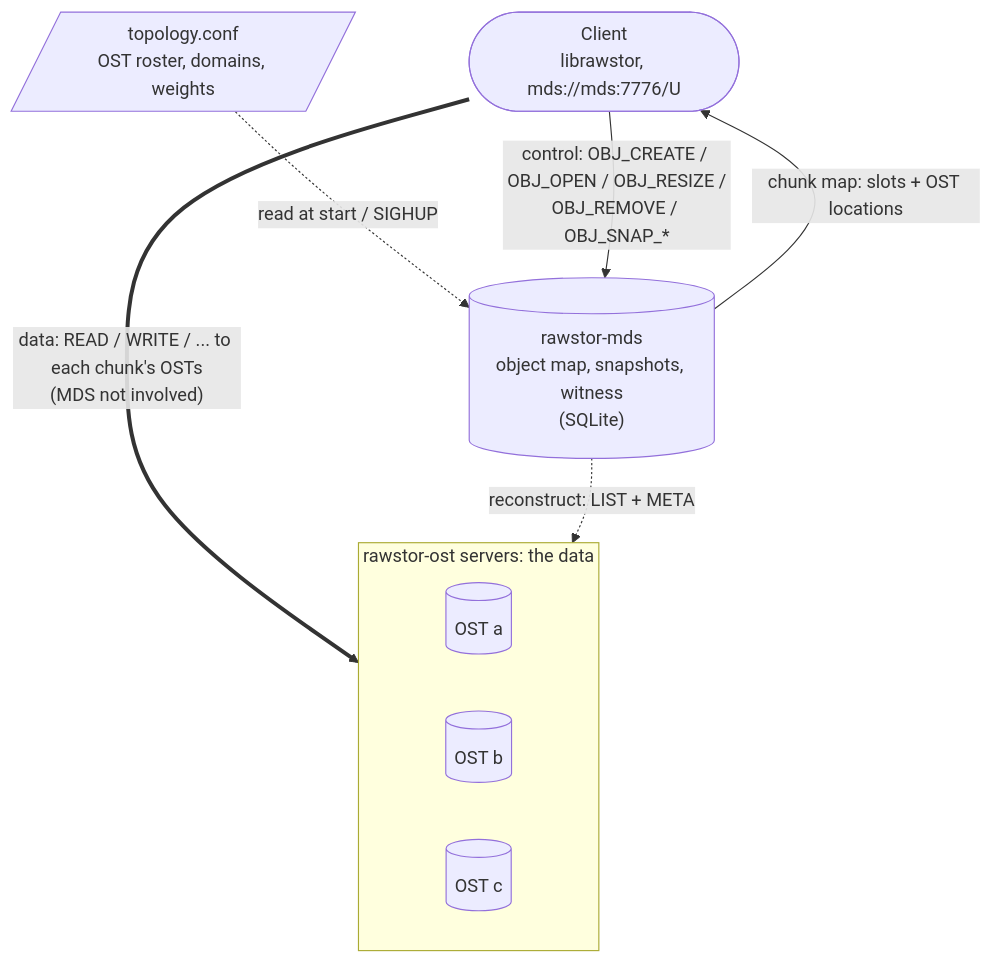
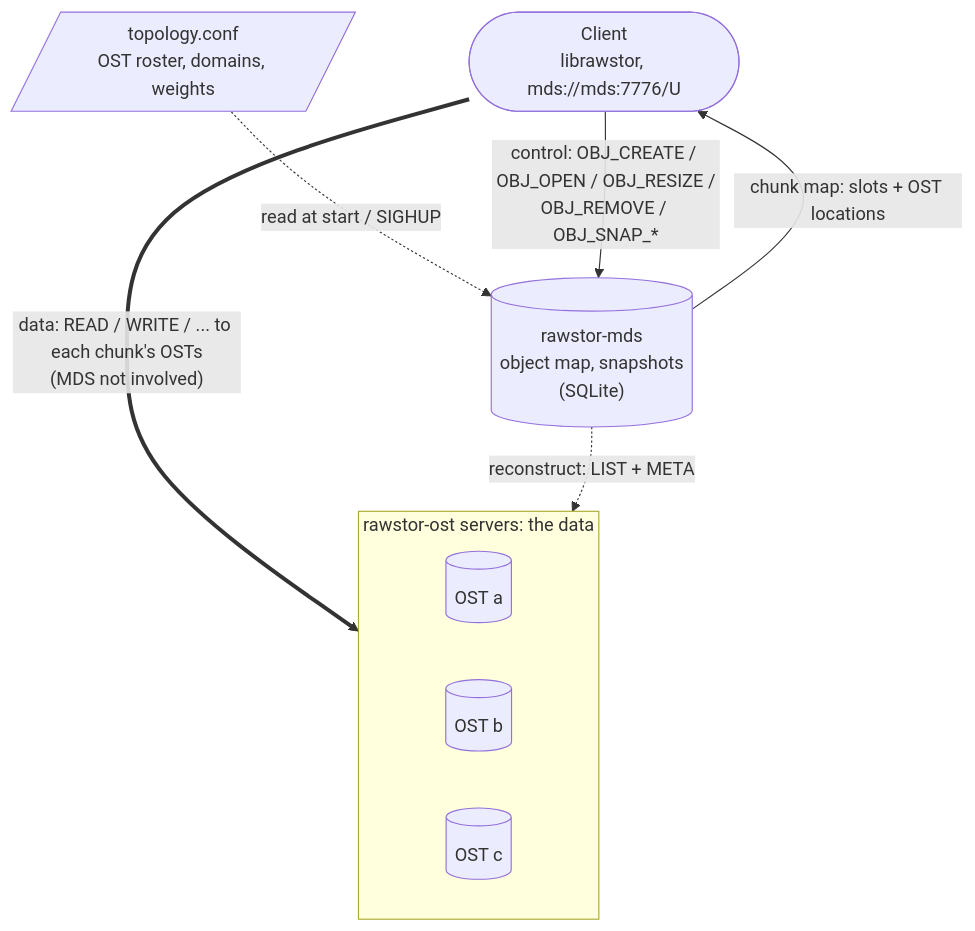
The first of 8 diagrams in docs/mds.md (rawstor/librawstor), drawn with Mermaid before and after one commit. The commit also changed other lines of this file and 6 other files, not shown here.

````diff
--- a/docs/mds.md
+++ b/docs/mds.md
@@ -16,18 +16,18 @@
 ```mermaid
 flowchart TB
     Client(["Client<br/>librawstor, mds://mds:7776/U"])
-    MDS[("rawstor-mds<br/>object map, snapshots, witness<br/>(SQLite)")]
+    MDS[("rawstor-mds<br/>object map, snapshots<br/>(SQLite)")]
     Topo[/"topology.conf<br/>OST roster, domains, weights"/]
     subgraph OSTs ["rawstor-ost servers: the data"]
         direction LR
         A[("OST a")]
         B[("OST b")]
         C[("OST c")]
     end
 
     Topo -. "read at start / SIGHUP" .-> MDS
     Client -- "control: OBJ_CREATE / OBJ_OPEN / OBJ_RESIZE /<br/>OBJ_REMOVE / OBJ_SNAP_*" --> MDS
     MDS -- "chunk map: slots + OST locations" --> Client
     Client == "data: READ / WRITE / ... to each chunk's OSTs<br/>(MDS not involved)" ==> OSTs
     MDS -. "reconstruct: LIST + META" .-> OSTs
 ```
````
